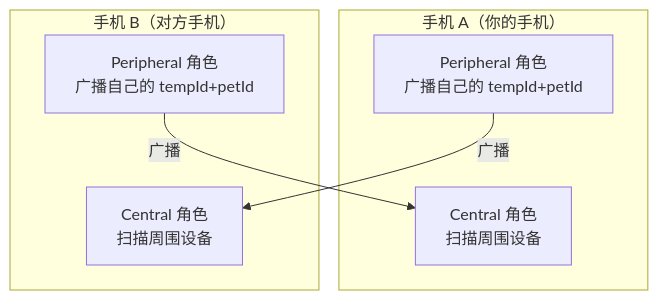
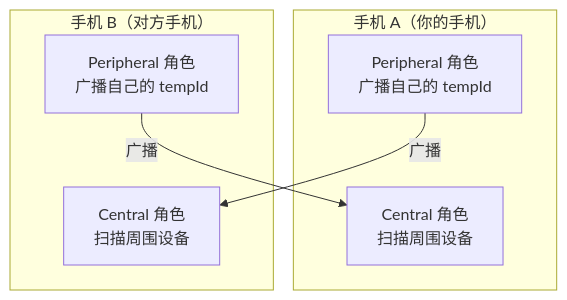
One commit to novlan1/notes changed the second of 14 diagrams in docs/2026下/蓝牙通信.md. Above: the diagram before and after it, drawn with Mermaid. The commit also changed other lines of this file and 2 other files, not shown here.

````diff
--- a/docs/2026下/蓝牙通信.md
+++ b/docs/2026下/蓝牙通信.md
@@ -45,13 +45,13 @@
 ```mermaid
 graph TD
     subgraph "手机 A（你的手机）"
-        A_P["Peripheral 角色<br/>广播自己的 tempId+petId"]
+        A_P["Peripheral 角色<br/>广播自己的 tempId"]
         A_C["Central 角色<br/>扫描周围设备"]
     end
     subgraph "手机 B（对方手机）"
-        B_P["Peripheral 角色<br/>广播自己的 tempId+petId"]
+        B_P["Peripheral 角色<br/>广播自己的 tempId"]
         B_C["Central 角色<br/>扫描周围设备"]
     end
     A_P -->|"广播"| B_C
     B_P -->|"广播"| A_C
 ```
````
